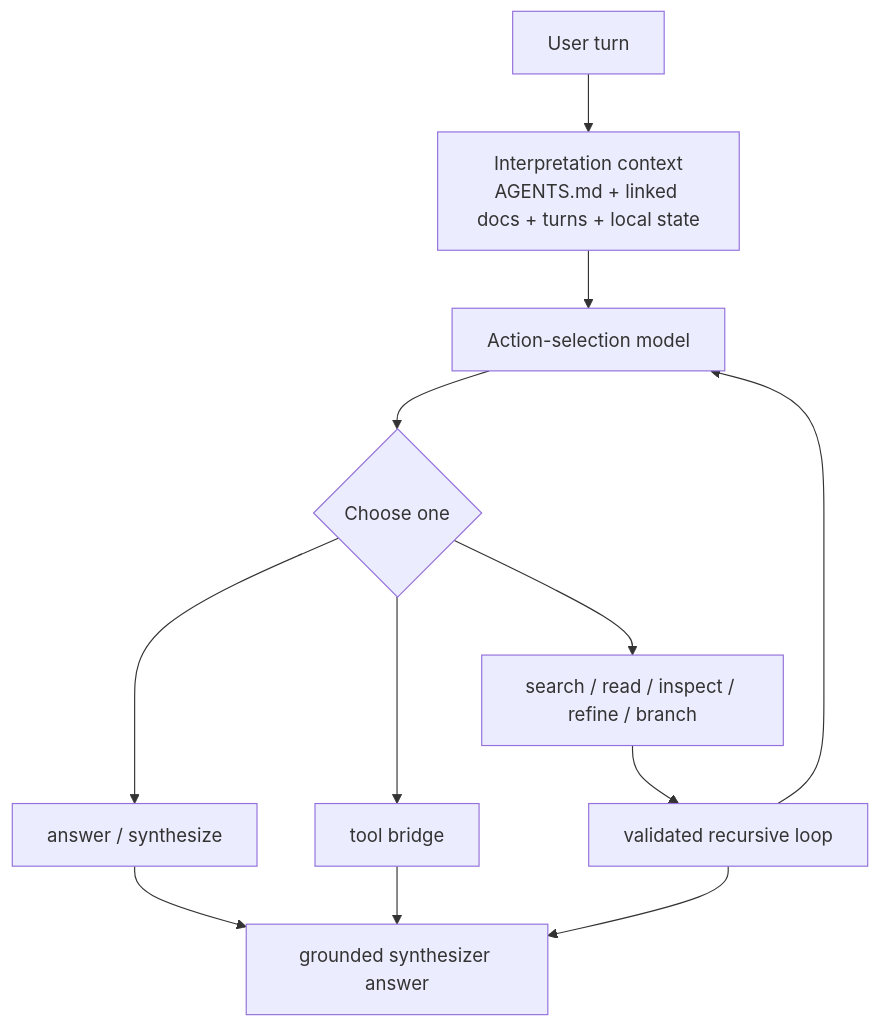
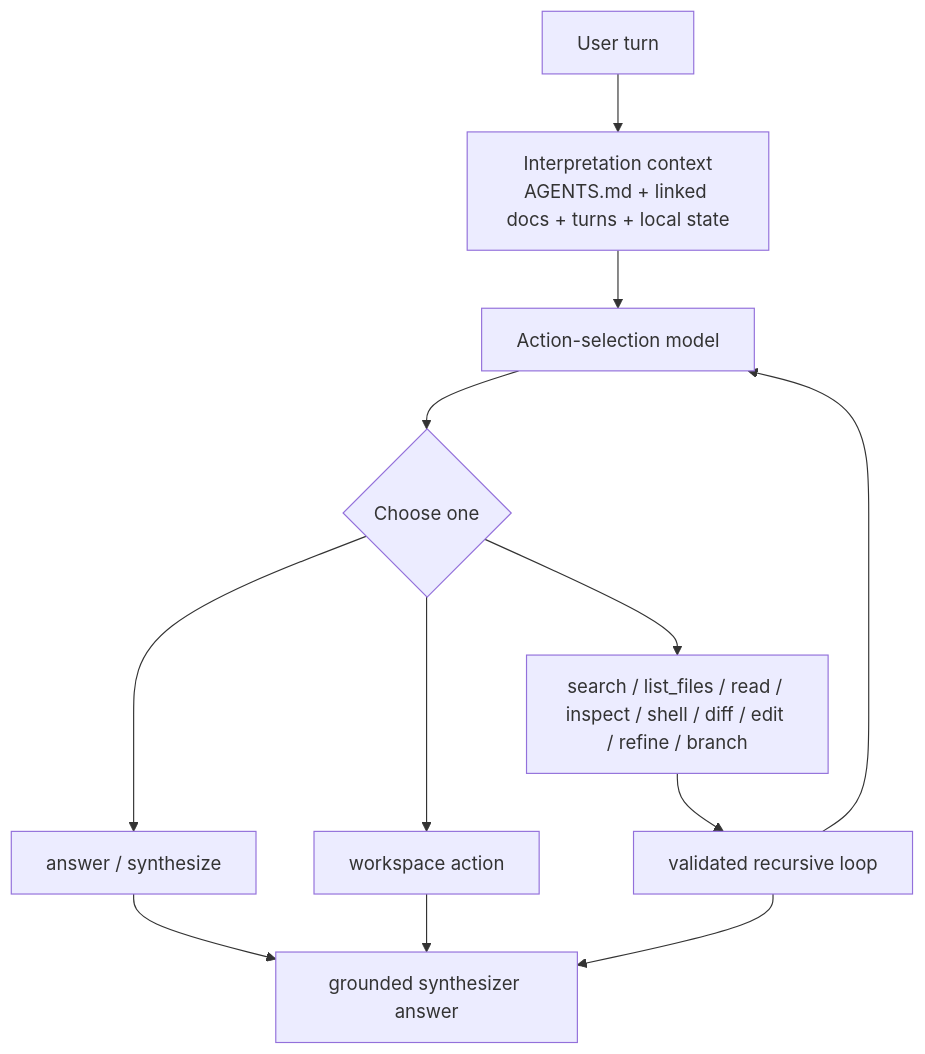
One commit to spoke-sh/paddles changed the third of 5 diagrams in README.md. Above: the diagram before and after it, drawn with Mermaid. The commit also changed other lines of this file and 9 other files, not shown here.

````diff
--- a/README.md
+++ b/README.md
@@ -82,18 +82,18 @@
 ```mermaid
 flowchart TD
     U["User turn"]
     I["Interpretation context<br/>AGENTS.md + linked docs + turns + local state"]
     M["Action-selection model"]
     C{"Choose one"}
     A["answer / synthesize"]
-    T["tool bridge"]
-    R["search / read / inspect / refine / branch"]
+    T["workspace action"]
+    R["search / list_files / read / inspect / shell / diff / edit / refine / branch"]
     L["validated recursive loop"]
     S["grounded synthesizer answer"]
 
     U --> I --> M --> C
     C --> A --> S
     C --> T --> S
     C --> R --> L --> M
     L --> S
 ```
````
